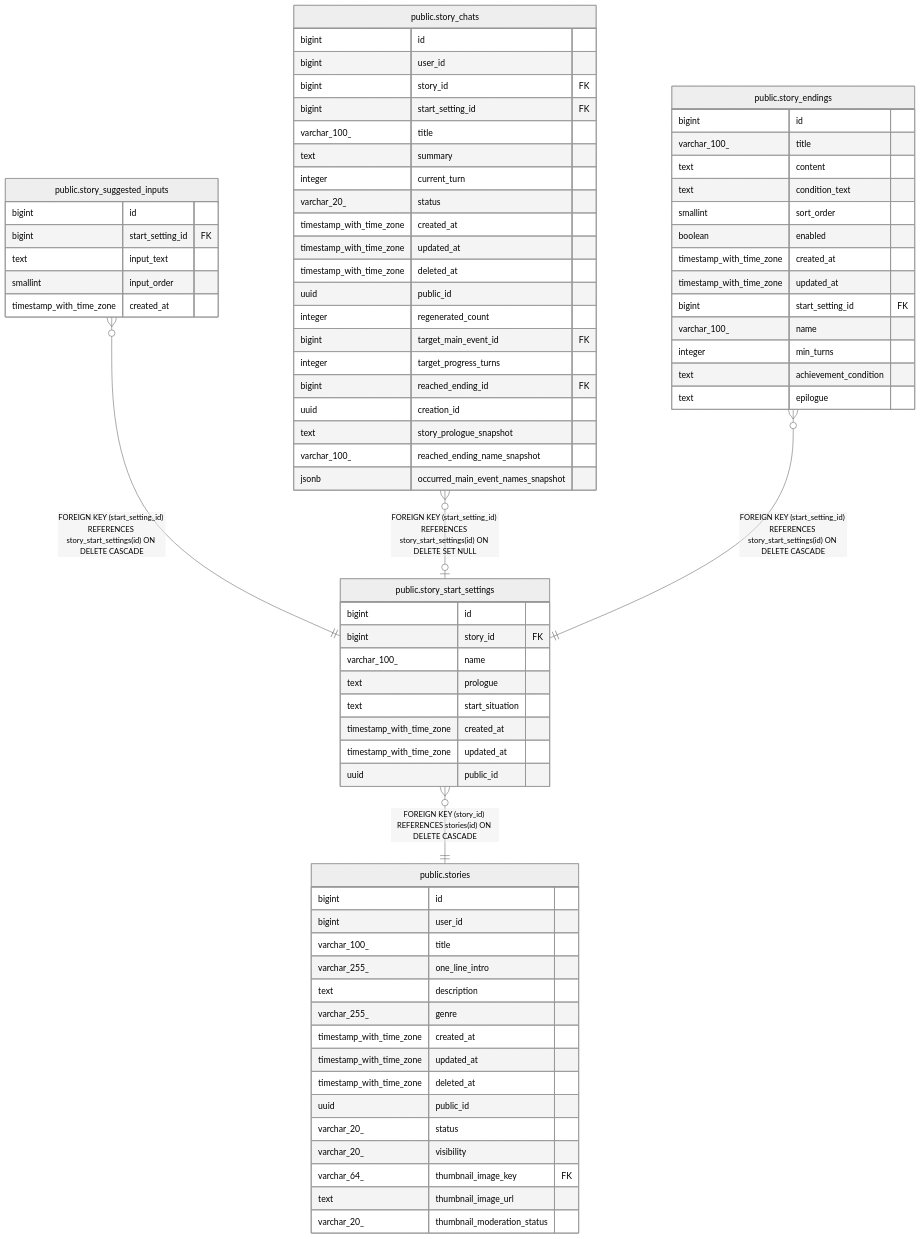
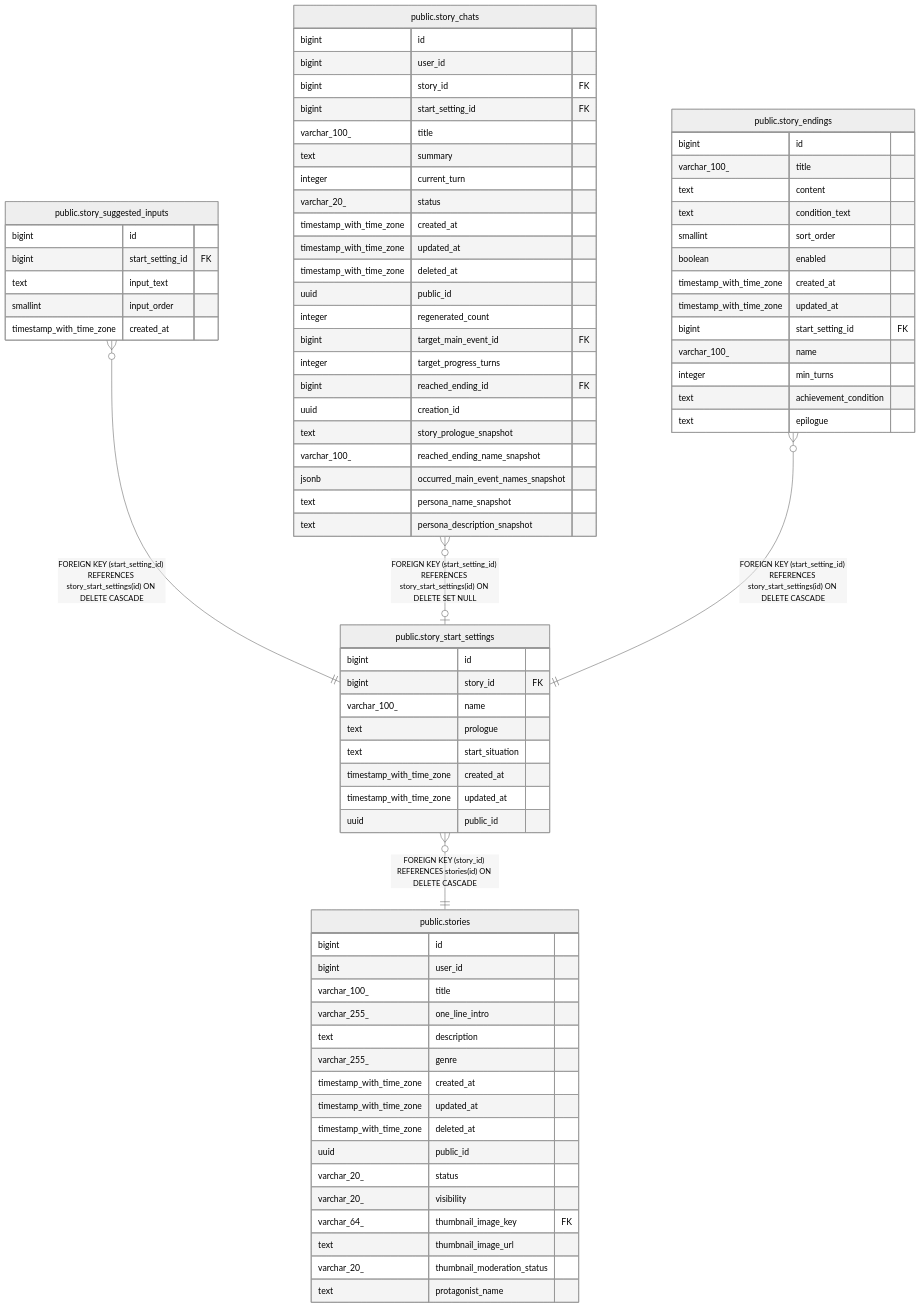
Before and after one commit to KIM-N-KANG/manyak-server: the diagram in dbdoc/public.story_start_settings.md, drawn with Mermaid (neutral theme). The commit also changed 76 other files, not shown here.

````diff
--- a/dbdoc/public.story_start_settings.md
+++ b/dbdoc/public.story_start_settings.md
@@ -77,6 +77,8 @@
   text story_prologue_snapshot
   varchar_100_ reached_ending_name_snapshot
   jsonb occurred_main_event_names_snapshot
+  text persona_name_snapshot
+  text persona_description_snapshot
 }
 "public.story_endings" {
   bigint id
@@ -109,5 +111,6 @@
   varchar_64_ thumbnail_image_key FK
   text thumbnail_image_url
   varchar_20_ thumbnail_moderation_status
+  text protagonist_name
 }
 ```
````
